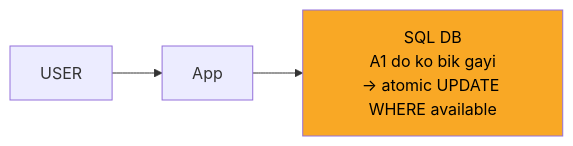
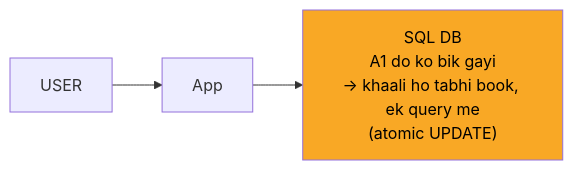
Before and after one commit to ArpanMaheshwari144/Prep: the second of 9 diagrams in 04_HLD/SYSTEM_DESIGNS/09_bookmyshow/09_bookmyshow_INTERVIEW.md, drawn with Mermaid. The commit also changed other lines of this file and 13 other files, not shown here.

````diff
--- a/04_HLD/SYSTEM_DESIGNS/09_bookmyshow/09_bookmyshow_INTERVIEW.md
+++ b/04_HLD/SYSTEM_DESIGNS/09_bookmyshow/09_bookmyshow_INTERVIEW.md
@@ -90,9 +90,9 @@
 ```mermaid
 flowchart LR
     n_USER["USER"]
     n_App["App"]
-    n_SQL_DB["SQL DB<br/>A1 do ko bik gayi<br/>-> atomic UPDATE WHERE available"]
+    n_SQL_DB["SQL DB<br/>A1 do ko bik gayi<br/>-> khaali ho tabhi book, ek query me<br/>(atomic UPDATE)"]
     n_USER --> n_App
     n_App --> n_SQL_DB
     style n_SQL_DB fill:#f9a825,color:#000
 ```
````
